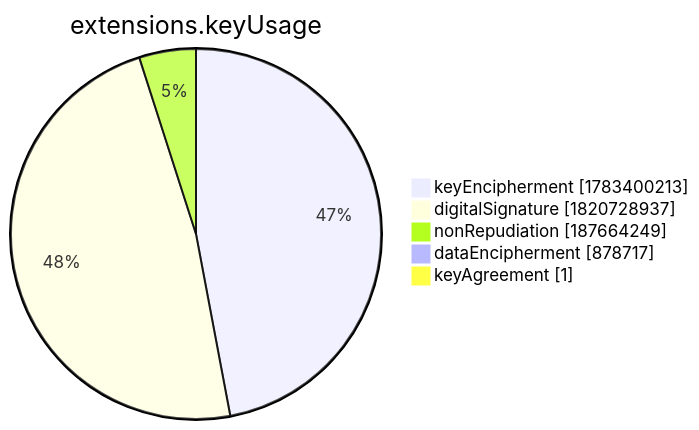
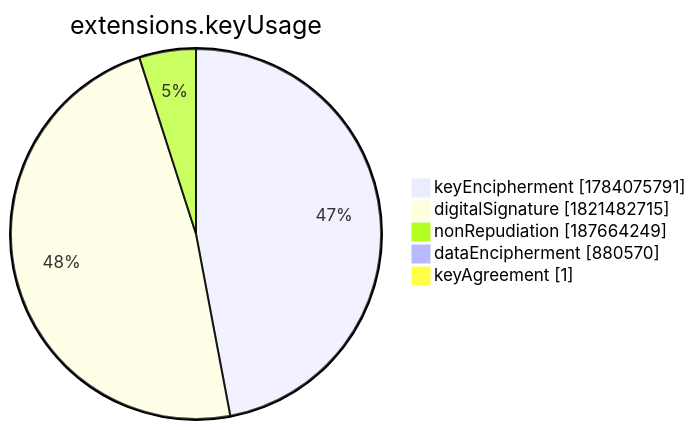
One commit to christiankrug/ctmonitor_visualization changed the seventh of 15 diagrams in xenon2022/README.md. Above: the diagram before and after it, drawn with Mermaid. The commit also changed other lines of this file, not shown here.

````diff
--- a/xenon2022/README.md
+++ b/xenon2022/README.md
@@ -2859,9 +2859,9 @@
 ```mermaid
 pie showData
 title extensions.keyUsage
-"keyEncipherment" :1783400213
-"digitalSignature" :1820728937
+"keyEncipherment" :1784075791
+"digitalSignature" :1821482715
 "nonRepudiation" :187664249
-"dataEncipherment" :878717
+"dataEncipherment" :880570
 "keyAgreement" :1
 ```
````
